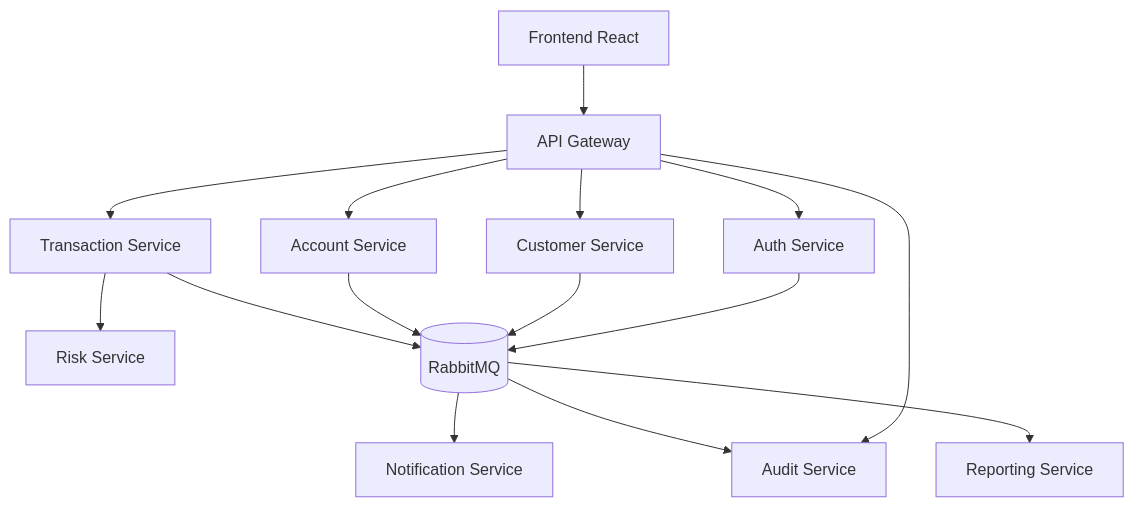
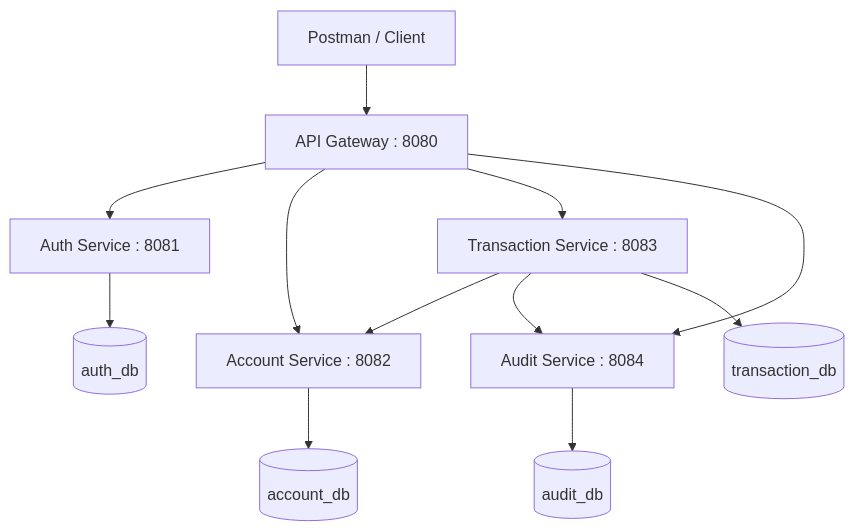
The diagram in README.md (Yassbhr12/secure-microservices-bank), drawn with Mermaid before and after one commit. The commit also changed other lines of this file and 1 other file, not shown here.

````diff
--- a/README.md
+++ b/README.md
@@ -35,17 +73,17 @@
 ```mermaid
 flowchart TB
-    UI["Frontend React"] --> GW["API Gateway"]
-    GW --> AUTH["Auth Service"]
-    GW --> CUST["Customer Service"]
-    GW --> ACC["Account Service"]
-    GW --> TRX["Transaction Service"]
-    GW --> AUD["Audit Service"]
-    TRX --> RISK["Risk Service"]
-    AUTH --> MQ[(RabbitMQ)]
-    CUST --> MQ
-    ACC --> MQ
-    TRX --> MQ
-    MQ --> AUD
-    MQ --> NOTIF["Notification Service"]
-    MQ --> REPORT["Reporting Service"]
+  Client["Postman / Client"] --> Gateway["API Gateway : 8080"]
+
+  Gateway --> Auth["Auth Service : 8081"]
+  Gateway --> Account["Account Service : 8082"]
+  Gateway --> Transaction["Transaction Service : 8083"]
+  Gateway --> Audit["Audit Service : 8084"]
+
+  Transaction --> Account
+  Transaction --> Audit
+
+  Auth --> AuthDB[("auth_db")]
+  Account --> AccountDB[("account_db")]
+  Transaction --> TransactionDB[("transaction_db")]
+  Audit --> AuditDB[("audit_db")]
 ```
````
